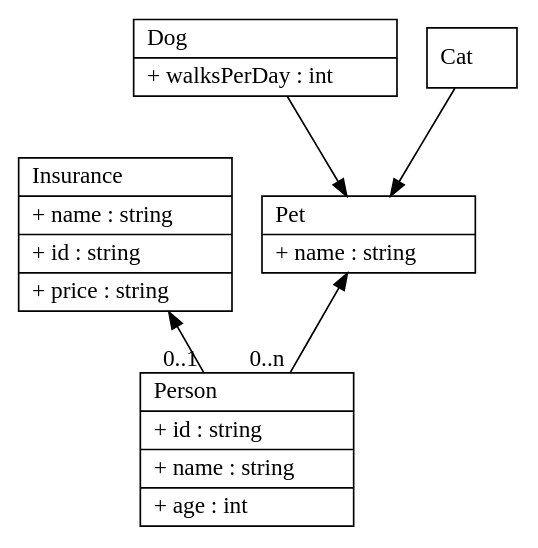
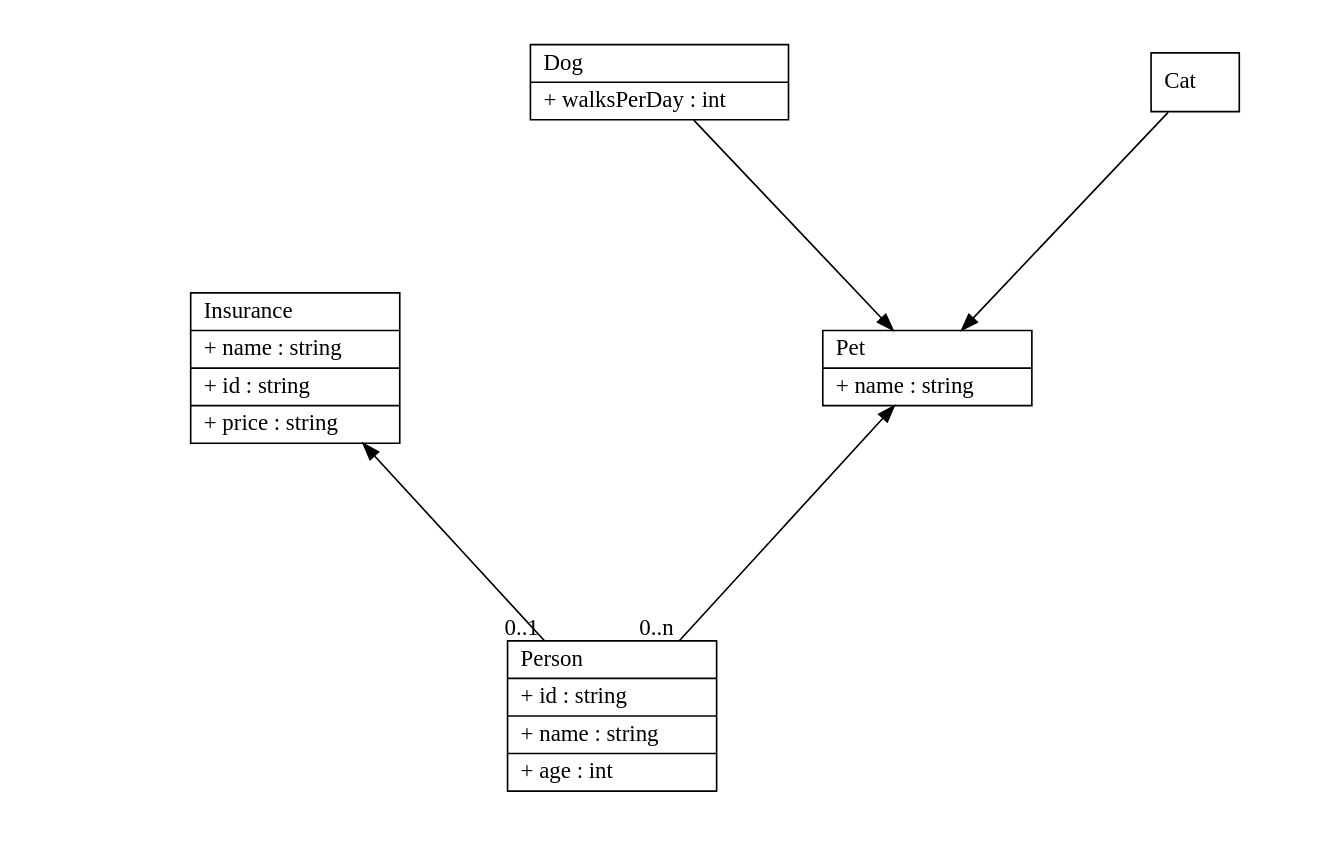
Before and after one commit to stemey/atem-presentation: the diagram in resources/compare.dot, drawn with Graphviz. The commit also changed 18 other files, not shown here.

```diff
--- a/resources/compare.dot
+++ b/resources/compare.dot
@@ -1,35 +1,37 @@
 digraph G {
 	rankdir=BT;
         fontname = "Bitstream Vera Sans";
         fontsize = 8;
+size="11,7";
+ratio=fill;
 
         node [
                 shape = "record"
         ]
 
         edge [
         ]
 
         Person [
                 label = "{Person\l|+ id : string\l|+ name : string\l|+ age : int\l}",id=Person
         ]
         Insurance [
                 label = "{Insurance\l|+ name : string\l|+ id : string\l|+ price : string\l}",id=Insurance
             ]
         Pet [
                 label = "{Pet\l|+ name : string\l}",id=Pet
             ]
         Dog [
                 label = "{Dog\l|+ walksPerDay : int\l}",id=Dog
             ]
        Cat [
                 label = "{Cat\l}",id=Cat
             ]
 
 	    
 
 		Person -> Insurance [taillabel="0..1"];
 		Person -> Pet [taillabel="0..n"];
 		Pet -> Dog [dir=back];
 		Pet -> Cat [dir=back];
 }
```
